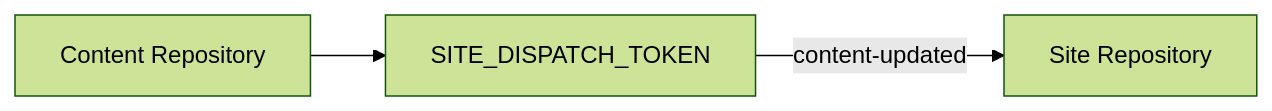
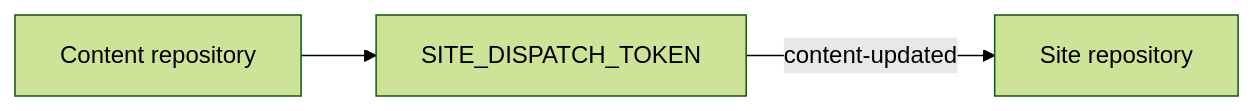
Before and after one commit to Rerurate514/riebeckite: the sixth of 11 diagrams in docs/docs/guides/deployment/github-actions.md, drawn with Mermaid (forest theme). The commit also changed other lines of this file and 604 other files, not shown here.

````diff
--- a/docs/docs/guides/deployment/github-actions.md
+++ b/docs/docs/guides/deployment/github-actions.md
@@ -362,9 +336,9 @@
-```mermaid id="m04tnw"
+```mermaid
 flowchart LR
-    Content["Content Repository"]
+    Content["Content repository"]
     Token["SITE_DISPATCH_TOKEN"]
-    Site["Site Repository"]
+    Site["Site repository"]
 
     Content --> Token
     Token -->|"content-updated"| Site
 ```
````
